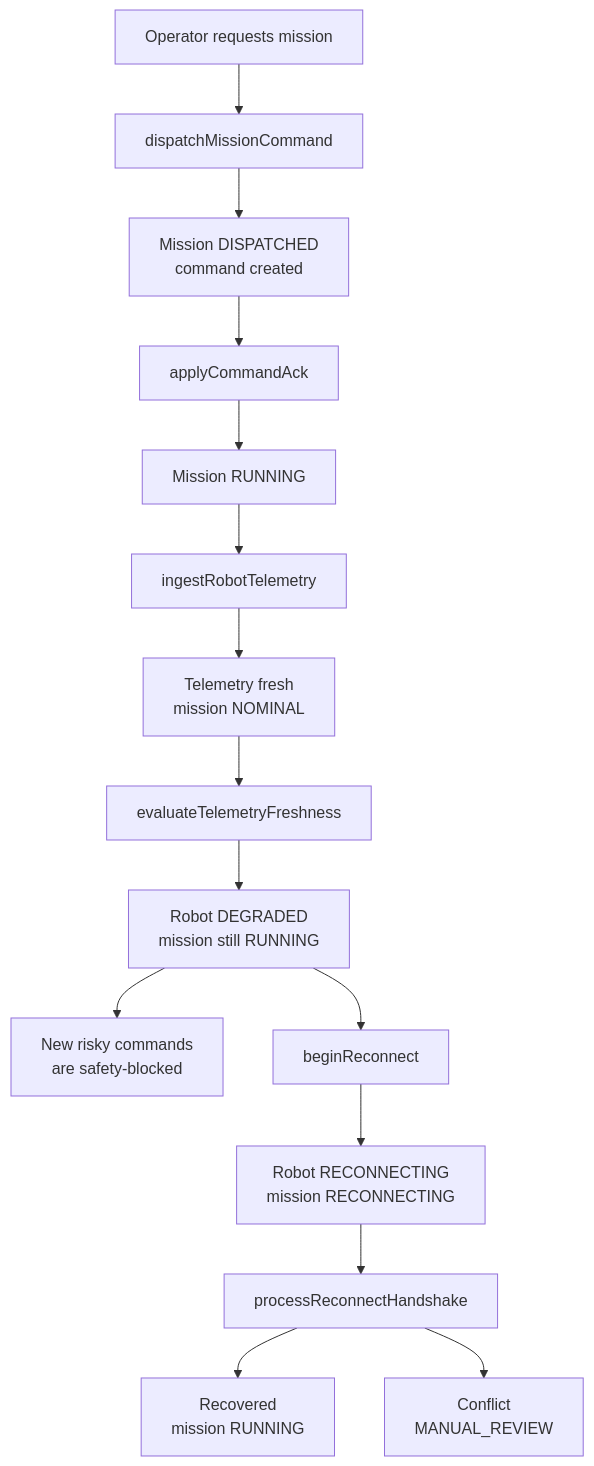
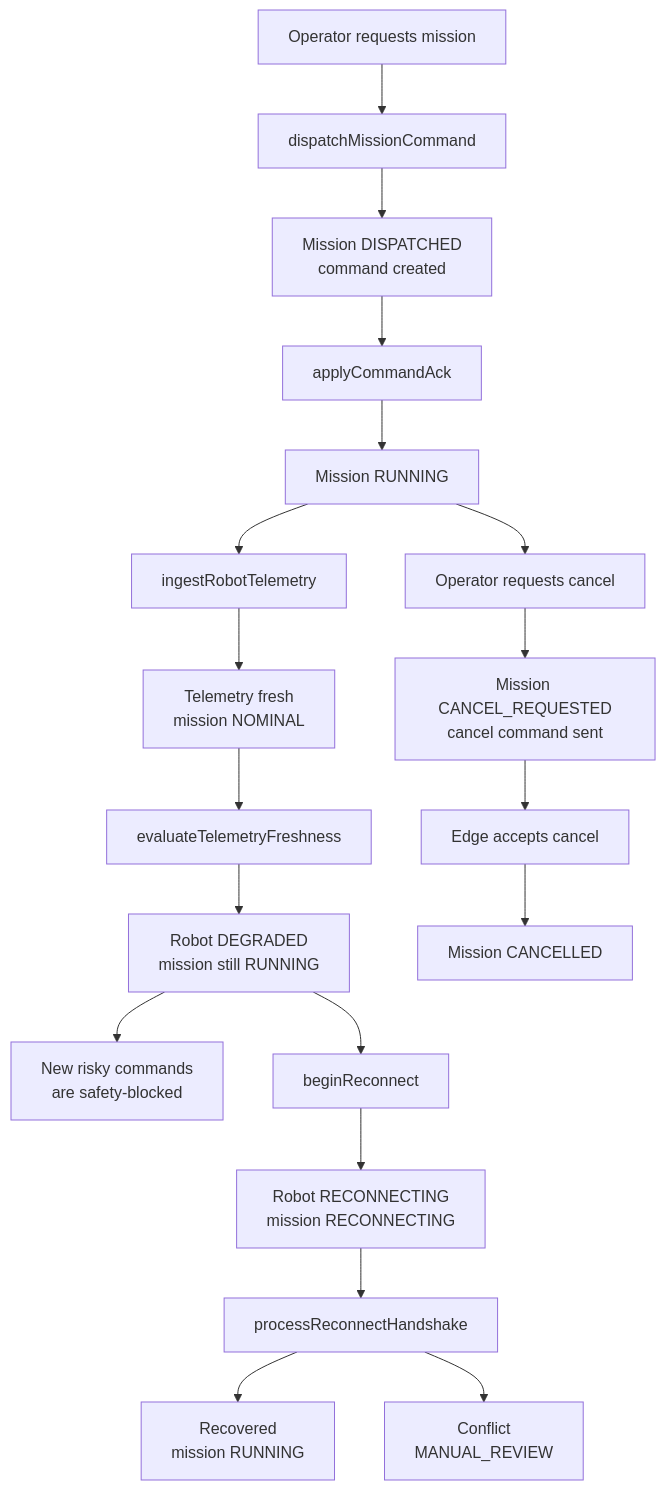
The third of 4 diagrams in docs/architecture/current-architecture.md (reinhard-z/RoboOps-Control-Plane), drawn with Mermaid before and after one commit. The commit also changed other lines of this file and 16 other files, not shown here.

````diff
--- a/docs/architecture/current-architecture.md
+++ b/docs/architecture/current-architecture.md
@@ -67,22 +79,26 @@
 ```mermaid
 flowchart TB
   Request["Operator requests mission"] --> Dispatch["dispatchMissionCommand"]
   Dispatch --> Dispatched["Mission DISPATCHED<br/>command created"]
 
   Dispatched --> Ack["applyCommandAck"]
   Ack --> Running["Mission RUNNING"]
 
   Running --> Telemetry["ingestRobotTelemetry"]
   Telemetry --> Fresh["Telemetry fresh<br/>mission NOMINAL"]
 
   Fresh --> StaleCheck["evaluateTelemetryFreshness"]
   StaleCheck --> Degraded["Robot DEGRADED<br/>mission still RUNNING"]
 
   Degraded --> Blocked["New risky commands<br/>are safety-blocked"]
+  Running --> Cancel["Operator requests cancel"]
+  Cancel --> CancelRequested["Mission CANCEL_REQUESTED<br/>cancel command sent"]
+  CancelRequested --> CancelAck["Edge accepts cancel"]
+  CancelAck --> Cancelled["Mission CANCELLED"]
   Degraded --> ReconnectStart["beginReconnect"]
 
   ReconnectStart --> Reconnecting["Robot RECONNECTING<br/>mission RECONNECTING"]
   Reconnecting --> Handshake["processReconnectHandshake"]
   Handshake --> Recovered["Recovered<br/>mission RUNNING"]
   Handshake --> ManualReview["Conflict<br/>MANUAL_REVIEW"]
 ```
````
